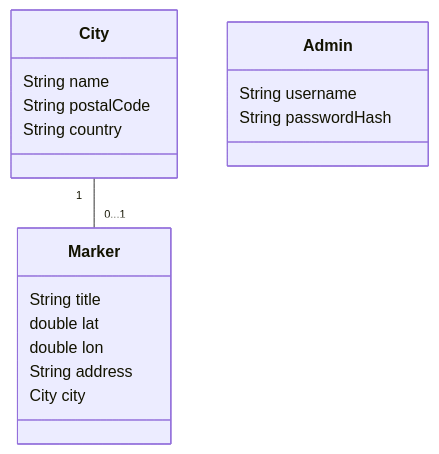
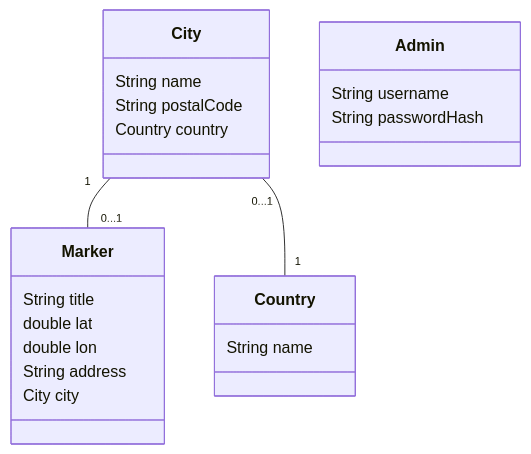
Before and after one commit to Lezurex/hometown: the diagram in docs/05.-Building-Blocks.md, drawn with Mermaid. The commit also changed 2 other files, not shown here.

Commit message:
🗃️ Add database model

````diff
--- a/docs/05.-Building-Blocks.md
+++ b/docs/05.-Building-Blocks.md
@@ -5,23 +5,28 @@
 ```mermaid
 classDiagram
   City "1" -- "0...1" Marker
+  City "0...1" -- "1" Country
 
   class Admin{
     String username
     String passwordHash
   }
 
   class Marker{
     String title
     double lat
     double lon
     String address
     City city
   }
 
   class City{
     String name
     String postalCode
-    String country
+    Country country
+  }
+
+  class Country{
+    String name
   }
 ```
````
